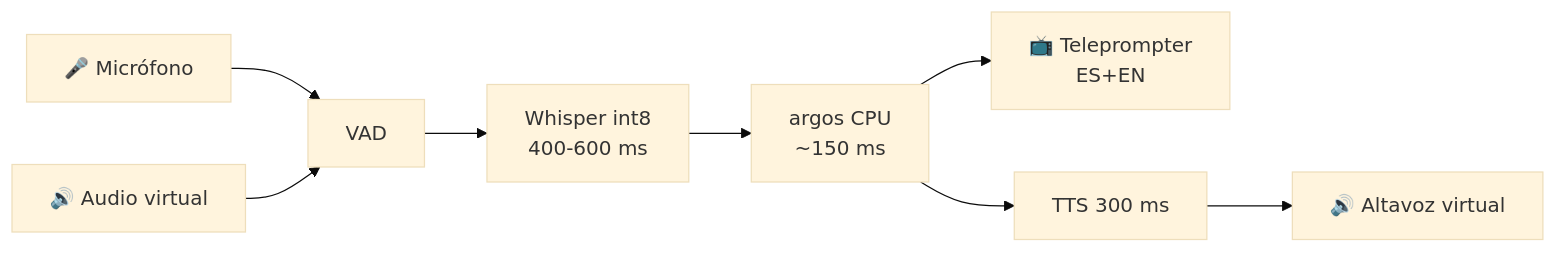
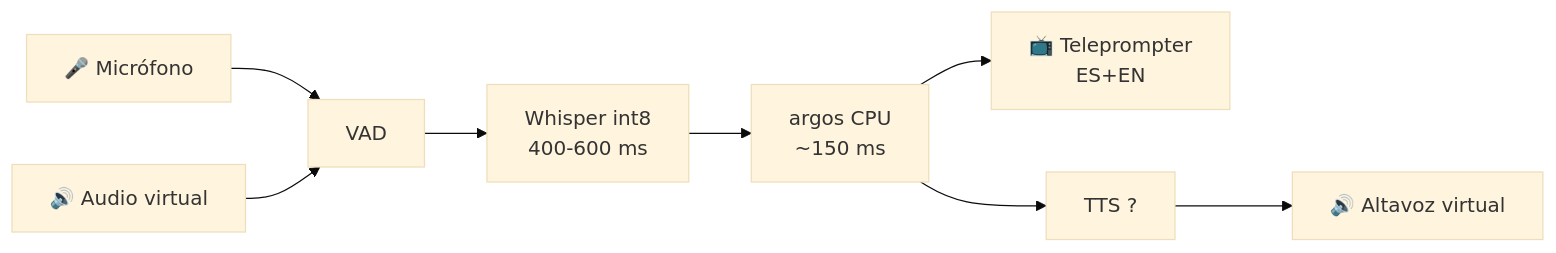
Before and after one commit to KevinGracianoL/traductor-voz-entrevistas: the diagram in README.md, drawn with Mermaid (base theme). The commit also changed other lines of this file and 5 other files, not shown here.

````diff
--- a/README.md
+++ b/README.md
@@ -59,10 +59,10 @@
 ```mermaid
 flowchart LR
     M1[🎤 Micrófono] --> VAD
     M2[🔊 Audio virtual] --> VAD
     VAD --> ASR[Whisper int8<br/>400-600 ms]
     ASR --> TR[argos CPU<br/>~150 ms]
     TR --> TP[📺 Teleprompter<br/>ES+EN]
-    TR --> TTS[TTS 300 ms]
+    TR --> TTS[TTS ?]
     TTS --> SPK[🔊 Altavoz virtual]
 ```
````
